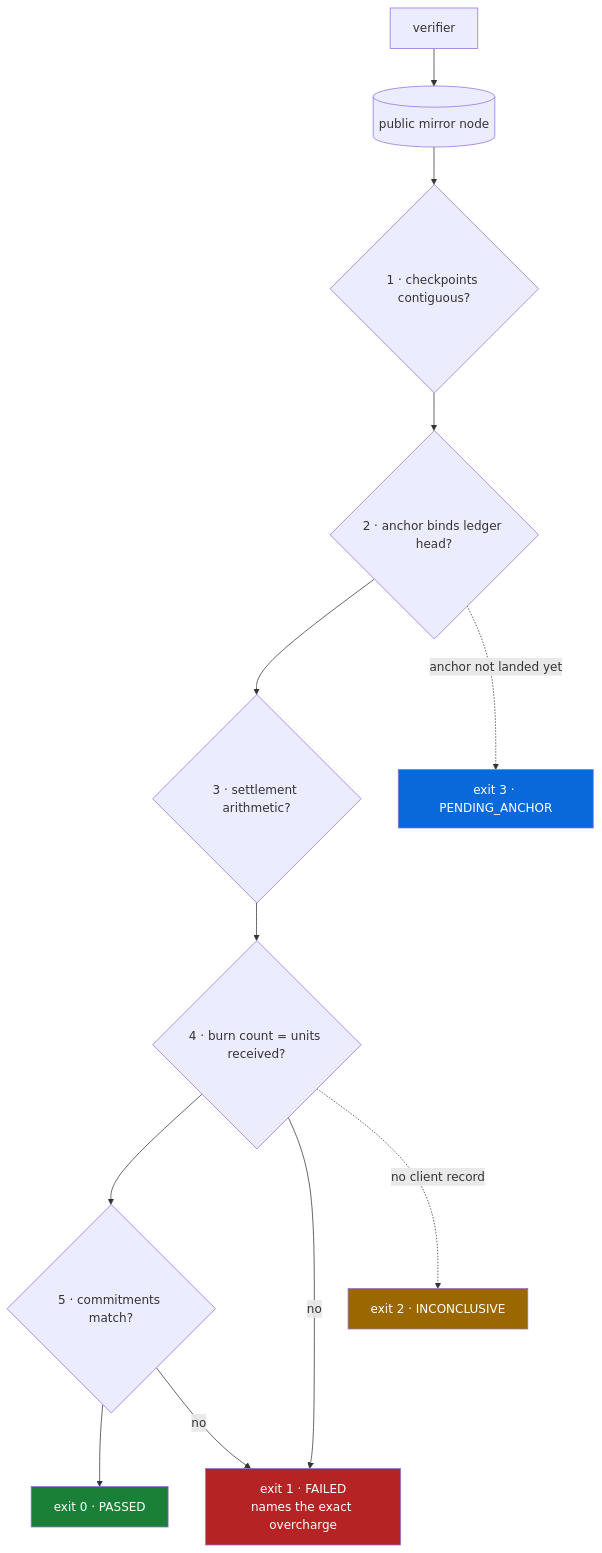
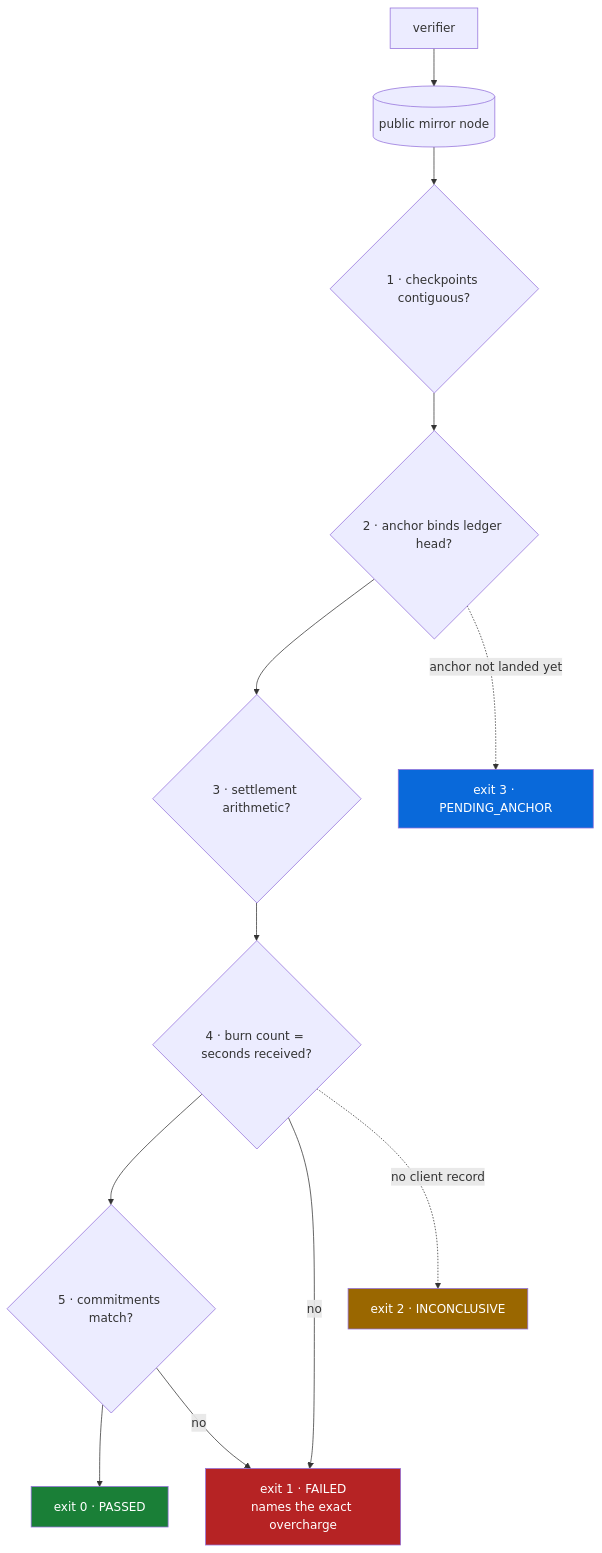
Before and after one commit to hitakshiA/pinout: the fifth of 5 diagrams in README.md, drawn with Mermaid. The commit also changed other lines of this file and 6 other files, not shown here.

````diff
--- a/README.md
+++ b/README.md
@@ -393,19 +251,19 @@
 ```mermaid
 flowchart TD
     V[verifier] --> M[(public mirror node)]
     M --> C1{1 · checkpoints contiguous?}
     C1 --> C2{2 · anchor binds ledger head?}
     C2 --> C3{3 · settlement arithmetic?}
-    C3 --> C4{4 · burn count = units received?}
+    C3 --> C4{4 · burn count = seconds received?}
     C4 --> C5{5 · commitments match?}
     C5 --> P["exit 0 · PASSED"]
     C4 -->|no| F["exit 1 · FAILED<br/>names the exact overcharge"]
     C5 -->|no| F
     C4 -.->|no client record| I["exit 2 · INCONCLUSIVE"]
     C2 -.->|anchor not landed yet| W["exit 3 · PENDING_ANCHOR"]
 
     style P fill:#1a7f37,color:#fff
     style F fill:#b62324,color:#fff
     style I fill:#9a6700,color:#fff
     style W fill:#0969da,color:#fff
 ```
````
